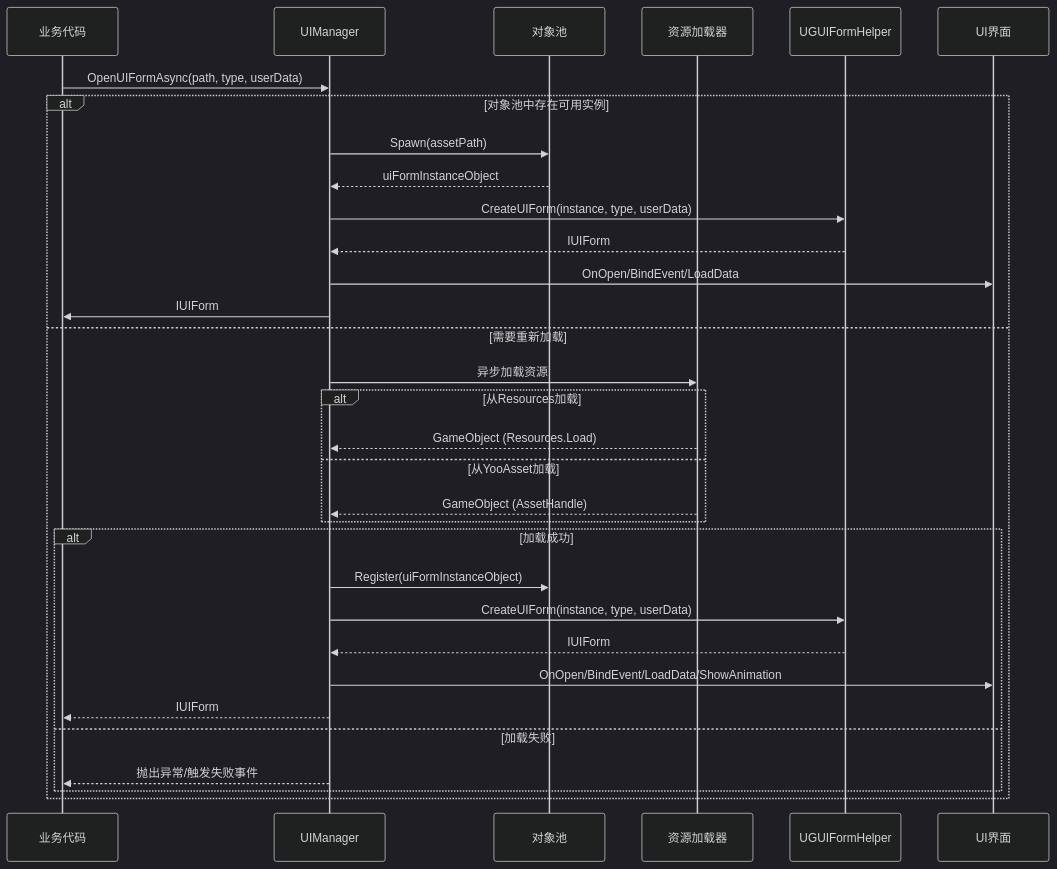
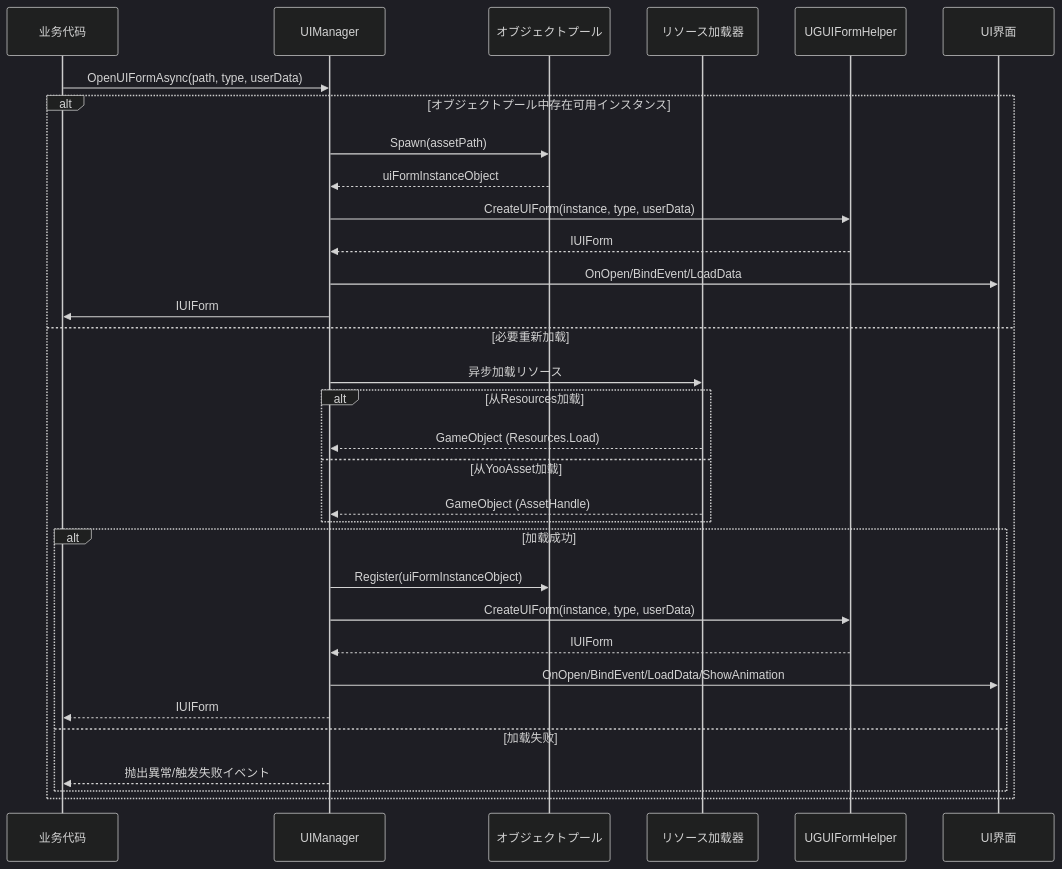
Before and after one commit to AlianBlank/GameFrameX.Docs: the second of 3 diagrams in docs/ja/client/unity/component/ui-ugui/07.ui-manager.md, drawn with Mermaid (dark theme). The commit also changed other lines of this file and 603 other files, not shown here.

````diff
--- a/docs/ja/client/unity/component/ui-ugui/07.ui-manager.md
+++ b/docs/ja/client/unity/component/ui-ugui/07.ui-manager.md
@@ -67,37 +67,37 @@
 ```mermaid
 sequenceDiagram
     participant Client as 业务代码
     participant UIManager as UIManager
-    participant Pool as 对象池
-    participant Loader as 资源加载器
+    participant Pool as オブジェクトプール
+    participant Loader as リソース加载器
     participant Helper as UGUIFormHelper
     participant UIForm as UI界面
 
     Client->>UIManager: OpenUIFormAsync(path, type, userData)
     
-    alt 对象池中存在可用实例
+    alt オブジェクトプール中存在可用インスタンス
         UIManager->>Pool: Spawn(assetPath)
         Pool-->>UIManager: uiFormInstanceObject
         UIManager->>Helper: CreateUIForm(instance, type, userData)
         Helper-->>UIManager: IUIForm
         UIManager->>UIForm: OnOpen/BindEvent/LoadData
         UIManager->>Client: IUIForm
-    else 需要重新加载
-        UIManager->>Loader: 异步加载资源
+    else 必要重新加载
+        UIManager->>Loader: 异步加载リソース
         alt 从Resources加载
             Loader-->>UIManager: GameObject (Resources.Load)
         else 从YooAsset加载
             Loader-->>UIManager: GameObject (AssetHandle)
         end
         
         alt 加载成功
             UIManager->>Pool: Register(uiFormInstanceObject)
             UIManager->>Helper: CreateUIForm(instance, type, userData)
             Helper-->>UIManager: IUIForm
             UIManager->>UIForm: OnOpen/BindEvent/LoadData/ShowAnimation
             UIManager-->>Client: IUIForm
         else 加载失败
-            UIManager-->>Client: 抛出异常/触发失败事件
+            UIManager-->>Client: 抛出異常/触发失败イベント
         end
     end
 ```
````
